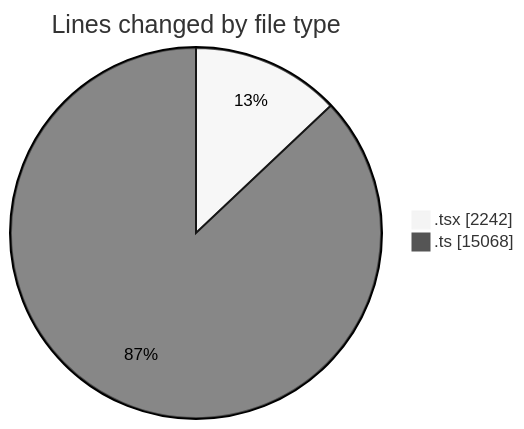
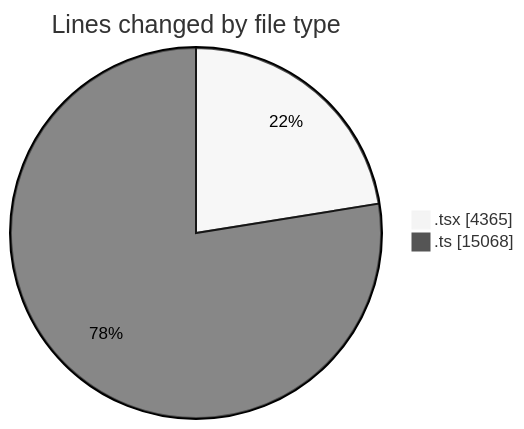
The first of 2 diagrams in 2025-09-22/cda/README.md (momahboobian/code-tracking), drawn with Mermaid (neutral theme) before and after one commit. The commit also changed other lines of this file and 1 other file, not shown here.

````diff
--- a/2025-09-22/cda/README.md
+++ b/2025-09-22/cda/README.md
@@ -30,6 +31,6 @@
 ```mermaid
 pie showData
 title Lines changed by file type
-".tsx" : 2242
+".tsx" : 4365
 ".ts" : 15068
 ```
````
